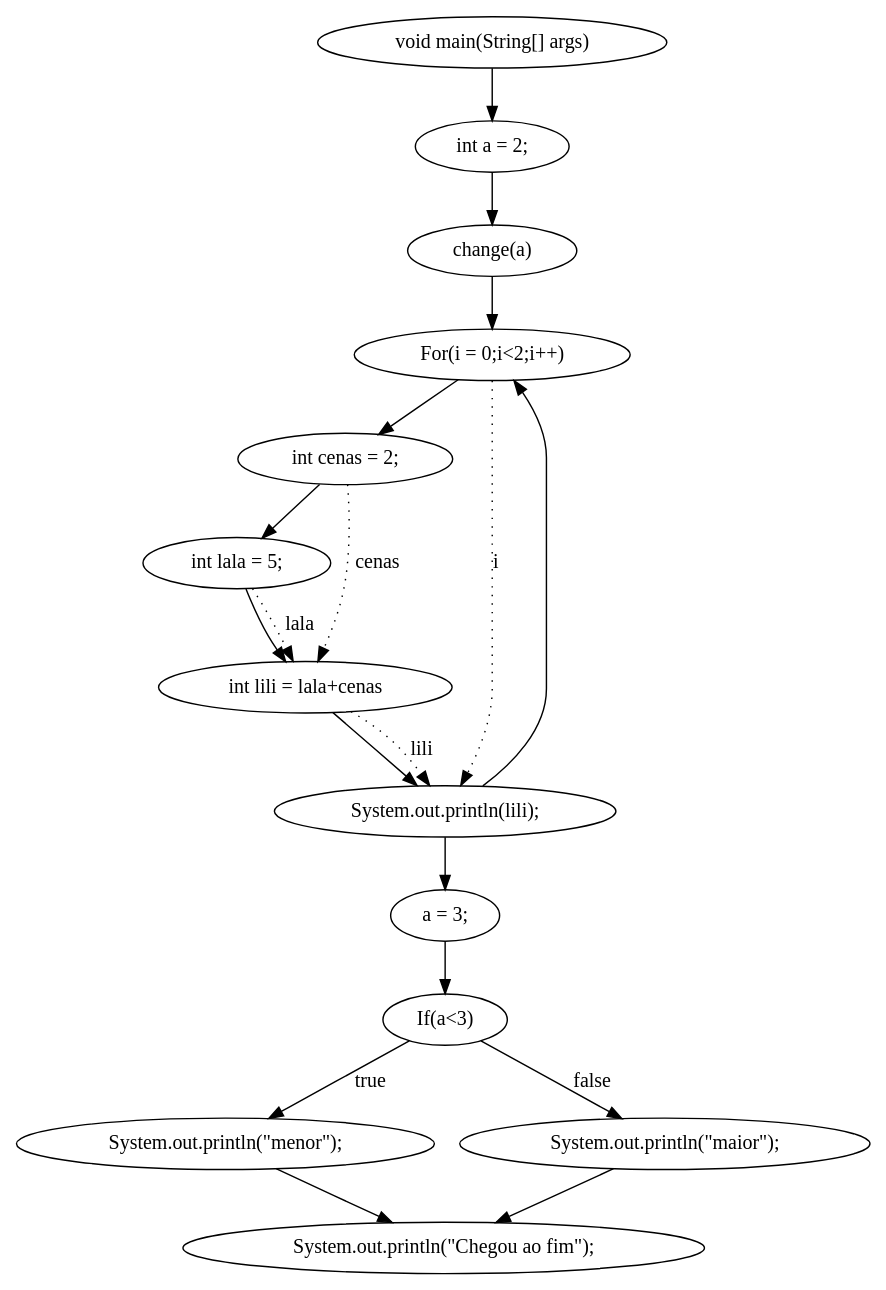
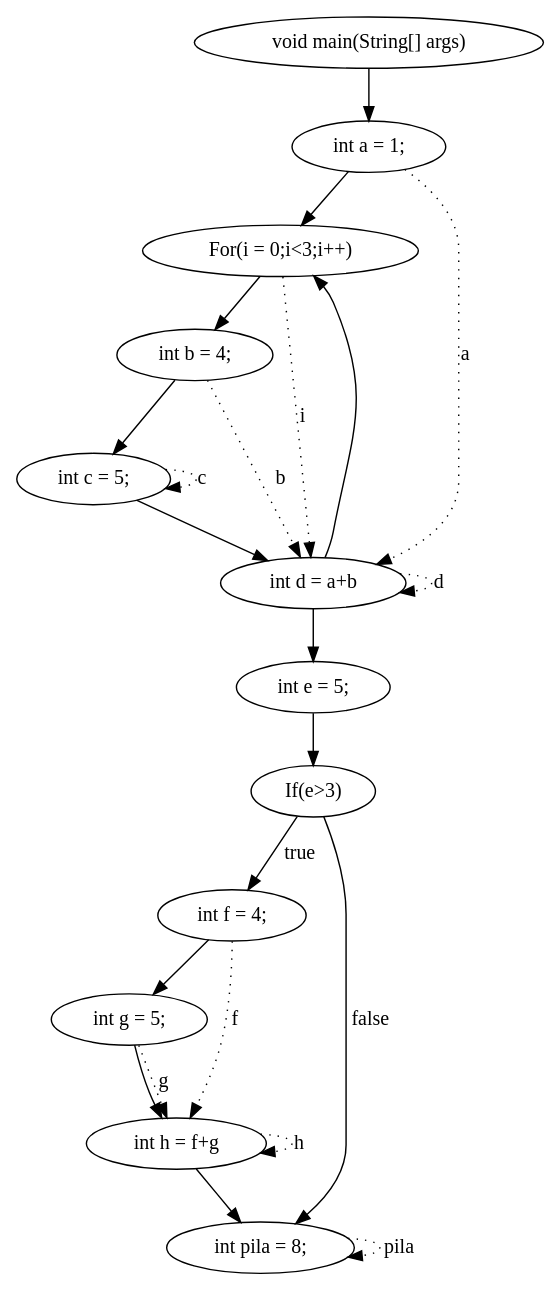
Before and after one commit to joaocarduarte/COMP: the diagram in dotfile.dot, drawn with Graphviz. The commit also changed 6 other files, not shown here.

```diff
--- a/dotfile.dot
+++ b/dotfile.dot
@@ -1,14 +1,18 @@
 digraph graphname{
-"void main(String[] args)" -> "int a = 2;" -> "change(a) " -> "For(i = 0;i<2;i++)"
-"For(i = 0;i<2;i++)" -> "int cenas = 2;" -> "int lala = 5;" -> "int lili = lala+cenas" -> "System.out.println(lili);" -> "a = 3;"
-"System.out.println(lili);" -> "For(i = 0;i<2;i++)"
-"For(i = 0;i<2;i++)" -> "System.out.println(lili);"[label="i" style="dotted"]
-"int lala = 5;" -> "int lili = lala+cenas"[label="lala" style="dotted"]
-"int lili = lala+cenas" -> "System.out.println(lili);"[label="lili" style="dotted"]
-"int cenas = 2;" -> "int lili = lala+cenas"[label="cenas" style="dotted"]
-"a = 3;" -> "If(a<3)"
-"If(a<3)" -> "System.out.println(\"menor\");"[label="true"]
-"System.out.println(\"menor\");" -> "System.out.println(\"Chegou ao fim\");"
-"If(a<3)" -> "System.out.println(\"maior\");"[label="false"]
-"System.out.println(\"maior\");" -> "System.out.println(\"Chegou ao fim\");"
-"System.out.println(\"Chegou ao fim\");"}
+"void main(String[] args)" -> "int a = 1;" -> "For(i = 0;i<3;i++)"
+"For(i = 0;i<3;i++)" -> "int b = 4;" -> "int c = 5;" -> "int d = a+b" -> "int e = 5;"
+"int d = a+b" -> "For(i = 0;i<3;i++)"
+"For(i = 0;i<3;i++)" -> "int d = a+b"[label="i" style="dotted"]
+"int e = 5;" -> "If(e>3)"
+"If(e>3)" -> "int f = 4;"[label="true"]
+"int f = 4;" -> "int g = 5;"->"int h = f+g" -> "int pila = 8;"
+"If(e>3)" -> "int pila = 8;"[label="false"]
+"int pila = 8;""int a = 1;" -> "int d = a+b"[label="a" style="dotted"]
+"int b = 4;" -> "int d = a+b"[label="b" style="dotted"]
+"int c = 5;" -> "int c = 5;"[label="c" style="dotted"]
+"int d = a+b" -> "int d = a+b"[label="d" style="dotted"]
+"int f = 4;" -> "int h = f+g"[label="f" style="dotted"]
+"int g = 5;" -> "int h = f+g"[label="g" style="dotted"]
+"int h = f+g" -> "int h = f+g"[label="h" style="dotted"]
+"int pila = 8;" -> "int pila = 8;"[label="pila" style="dotted"]
+}
```
